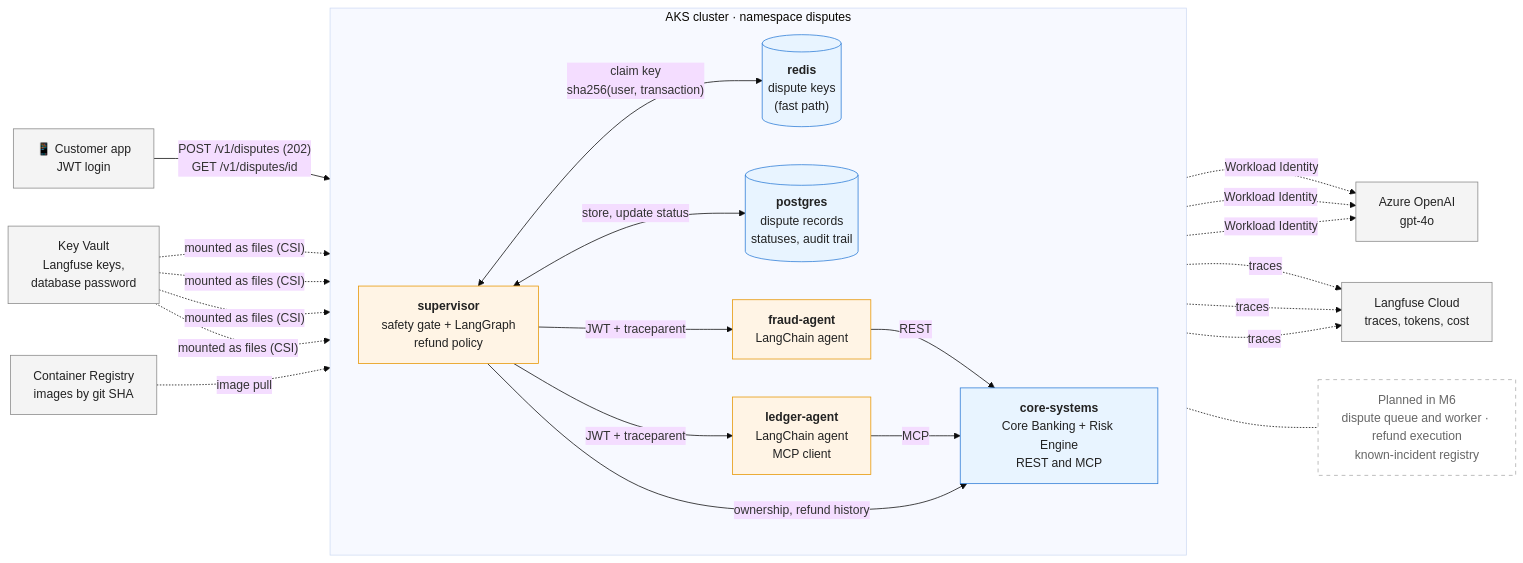
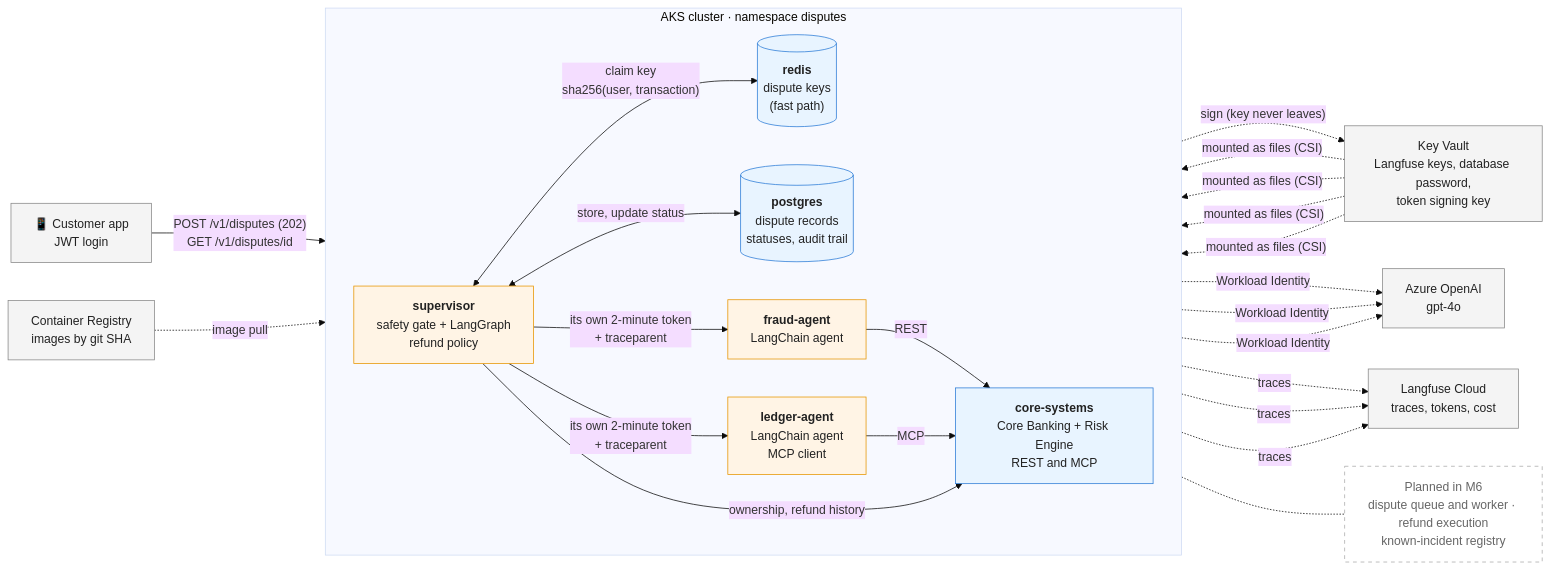
The second of 4 diagrams in README.md (mangeleth/nequi-bank-agent-demo), drawn with Mermaid (base theme) before and after one commit. The commit also changed other lines of this file and 4 other files, not shown here.

````diff
--- a/README.md
+++ b/README.md
@@ -61,44 +61,45 @@
 ```mermaid
 flowchart LR
     app["📱 Customer app<br/>JWT login"]
 
     subgraph aks["AKS cluster · namespace disputes"]
         direction LR
         sup["<b>supervisor</b><br/>safety gate + LangGraph<br/>refund policy"]
         redis[("<b>redis</b><br/>dispute keys<br/>(fast path)")]
         pg[("<b>postgres</b><br/>dispute records<br/>statuses, audit trail")]
         fraud["<b>fraud-agent</b><br/>LangChain agent"]
         ledger["<b>ledger-agent</b><br/>LangChain agent<br/>MCP client"]
         core["<b>core-systems</b><br/>Core Banking + Risk Engine<br/>REST and MCP"]
     end
 
     aoai["Azure OpenAI<br/>gpt-4o"]
-    kv["Key Vault<br/>Langfuse keys,<br/>database password"]
+    kv["Key Vault<br/>Langfuse keys, database password,<br/>token signing key"]
     lf["Langfuse Cloud<br/>traces, tokens, cost"]
     acr["Container Registry<br/>images by git SHA"]
     planned["Planned in M6<br/>dispute queue and worker · refund execution<br/>known-incident registry"]
 
     app -- "POST /v1/disputes (202)<br/>GET /v1/disputes/id" --> sup
     sup <-- "claim key<br/>sha256(user, transaction)" --> redis
     sup <-- "store, update status" --> pg
-    sup -- "JWT + traceparent" --> fraud
-    sup -- "JWT + traceparent" --> ledger
+    sup -- "its own 2-minute token<br/>+ traceparent" --> fraud
+    sup -- "its own 2-minute token<br/>+ traceparent" --> ledger
+    sup -. "sign (key never leaves)" .-> kv
     fraud -- "REST" --> core
     ledger -- "MCP" --> core
     sup -- "ownership, refund history" --> core
 
     sup & fraud & ledger -. "Workload Identity" .-> aoai
     sup & fraud & ledger -. "traces" .-> lf
     kv -. "mounted as files (CSI)" .-> sup & fraud & ledger & pg
     acr -. "image pull" .-> aks
     sup -.- planned
 
     classDef llm fill:#fff4e5,stroke:#e69500,color:#222
     classDef det fill:#e8f4ff,stroke:#2b7bd6,color:#222
     classDef ext fill:#f4f4f4,stroke:#888,color:#222
     classDef plan fill:#ffffff,stroke:#aaa,stroke-dasharray: 5 5,color:#666
     class sup,fraud,ledger llm
     class core,redis,pg det
     class app,aoai,kv,lf,acr ext
     class planned plan
 ```
````
